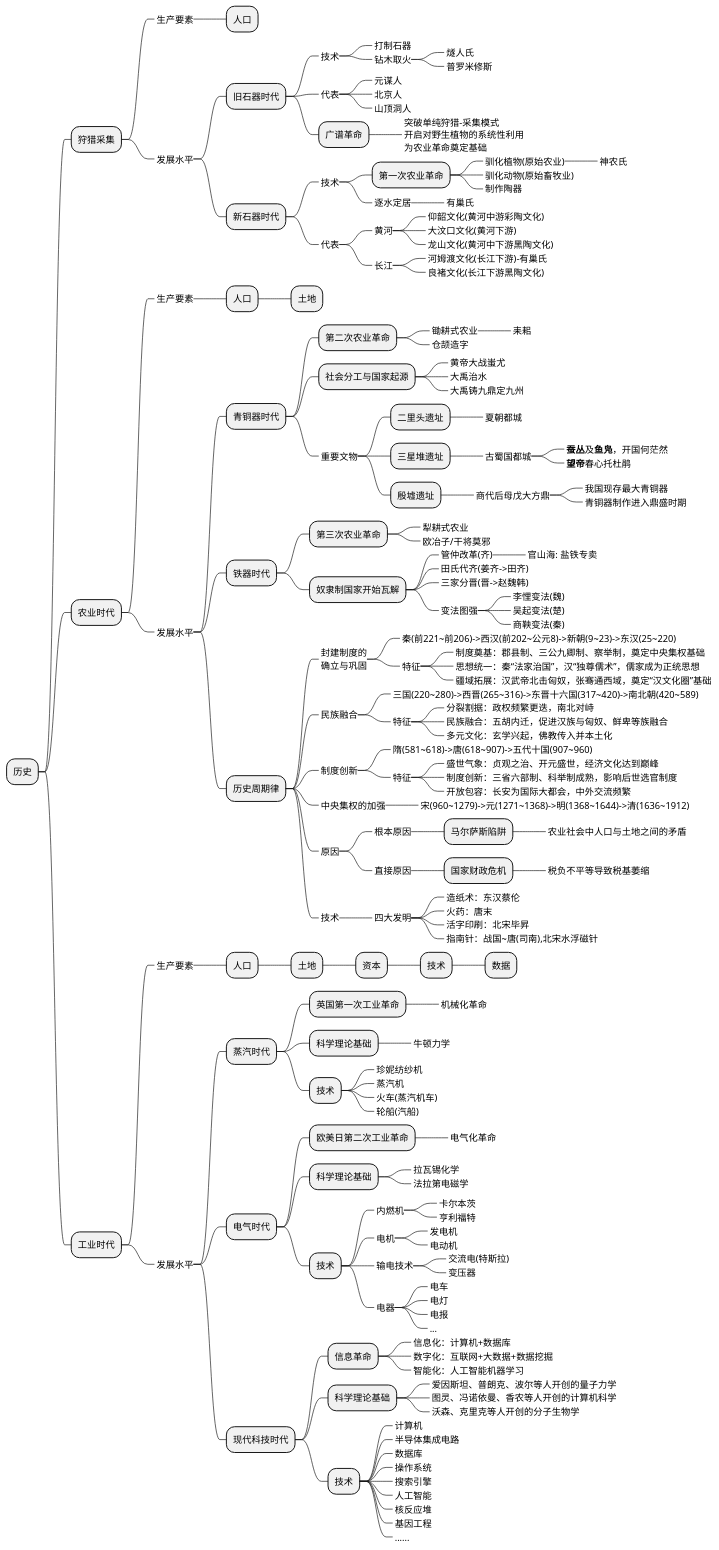
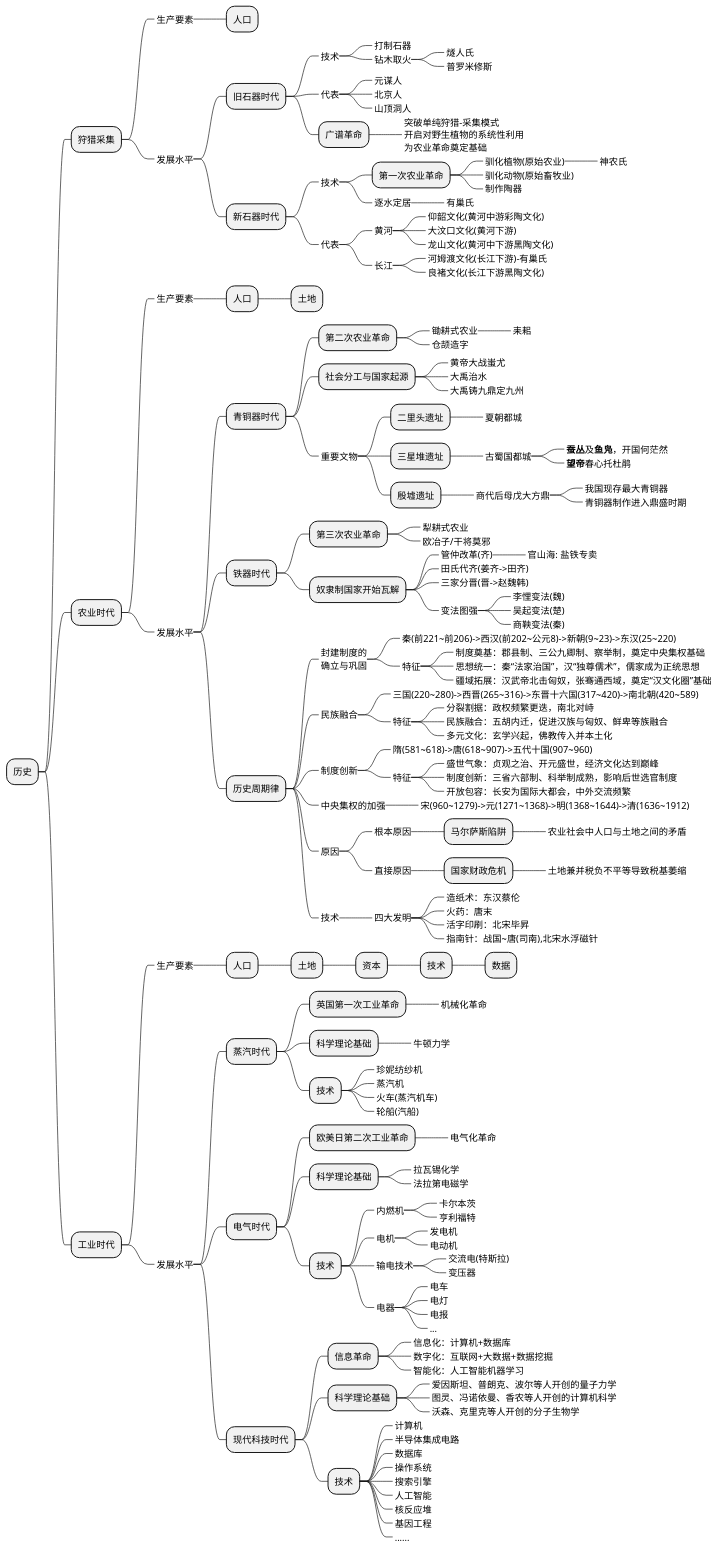
The first of 2 diagrams in source/_posts/economic/economic_and_history.md (holmofy/blog.hufeifei.cn), drawn with PlantUML before and after one commit.

```diff
--- a/source/_posts/economic/economic_and_history.md
+++ b/source/_posts/economic/economic_and_history.md
@@ -116,7 +116,7 @@
 ++++++++_ 农业社会中人口与土地之间的矛盾
 ++++++_ 直接原因
 +++++++ 国家财政危机
-++++++++_ 税负不平等导致税基萎缩
+++++++++_ 土地兼并税负不平等导致税基萎缩
 +++++_ 技术
 ++++++_ 四大发明
 +++++++_ 造纸术：东汉蔡伦
```
